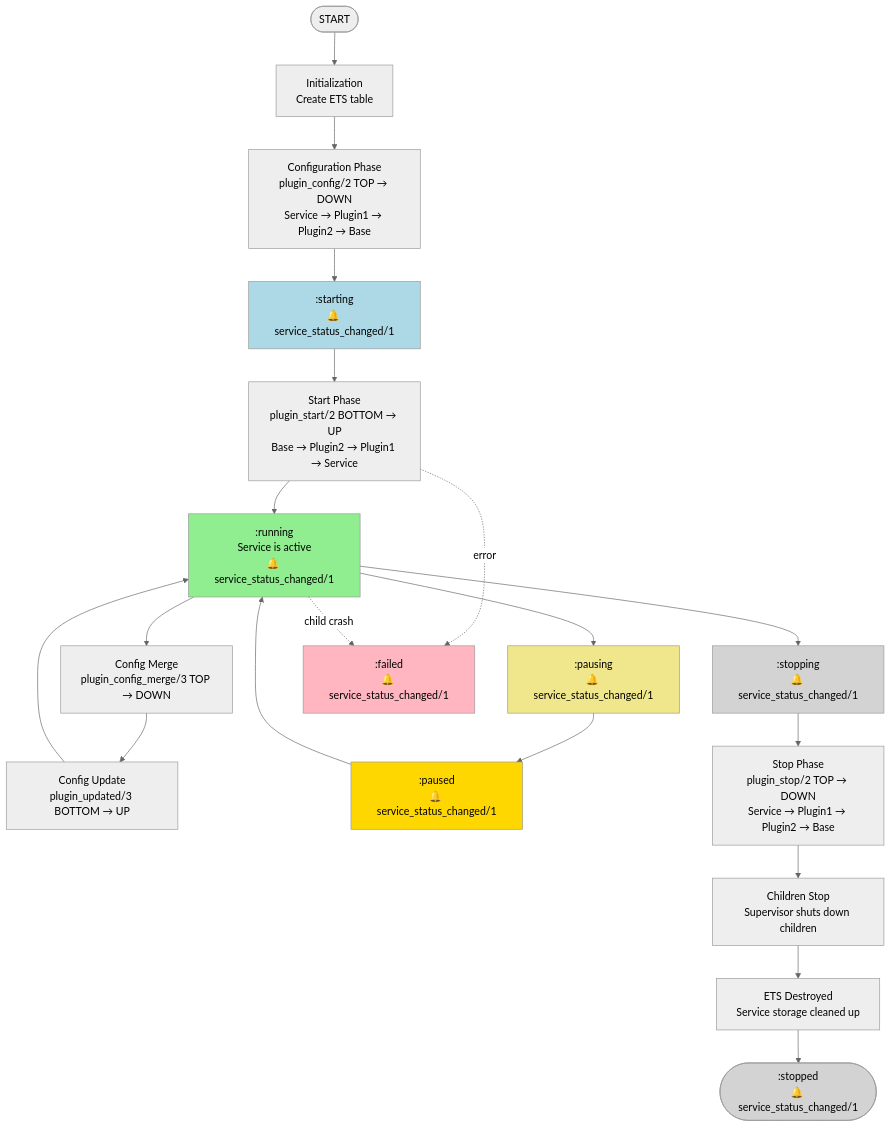
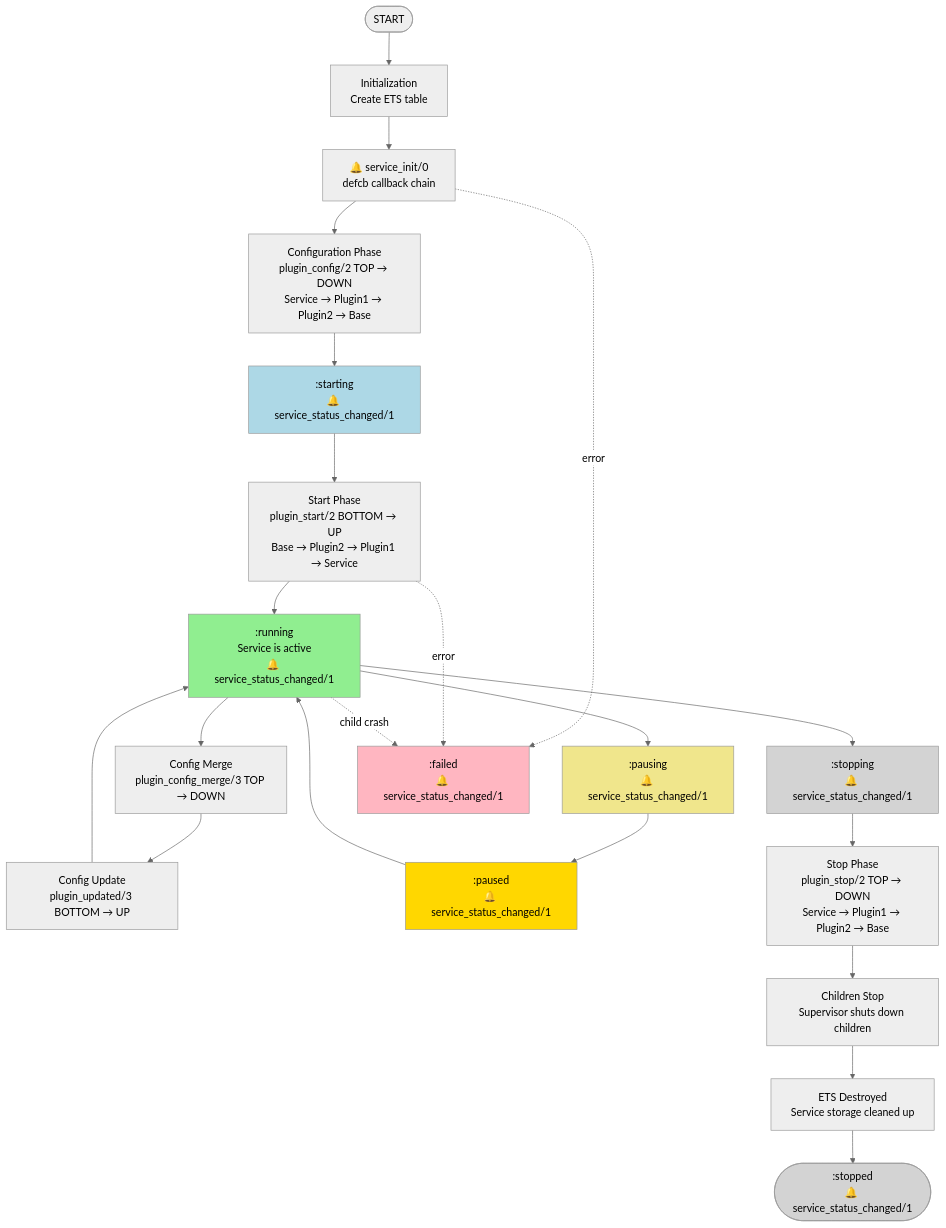
One commit to netkubes/malla changed the diagram in guides/06-lifecycle.md. Above: the diagram before and after it, drawn with Mermaid (neutral theme). The commit also changed other lines of this file, not shown here.

Commit message:
Add service_init/0 to service lifecycle

````diff
--- a/guides/06-lifecycle.md
+++ b/guides/06-lifecycle.md
@@ -33,46 +33,49 @@
 ```mermaid
 flowchart TD
     START([START])
     INIT[Initialization<br/>Create ETS table]
+    SERVICE_INIT["🔔 service_init/0<br/>defcb callback chain"]
     CONFIG[Configuration Phase<br/>plugin_config/2 TOP → DOWN<br/>Service → Plugin1 → Plugin2 → Base]
     STARTING[":starting<br/>🔔 service_status_changed/1"]
     PLUGIN_START[Start Phase<br/>plugin_start/2 BOTTOM → UP<br/>Base → Plugin2 → Plugin1 → Service]
     RUNNING[":running<br/>Service is active<br/>🔔 service_status_changed/1"]
     RECONFIG_MERGE[Config Merge<br/>plugin_config_merge/3 TOP → DOWN]
     RECONFIG_UPDATE[Config Update<br/>plugin_updated/3 BOTTOM → UP]
     PAUSING[":pausing<br/>🔔 service_status_changed/1"]
     PAUSE[":paused<br/>🔔 service_status_changed/1"]
     STOPPING[":stopping<br/>🔔 service_status_changed/1"]
     STOP[Stop Phase<br/>plugin_stop/2 TOP → DOWN<br/>Service → Plugin1 → Plugin2 → Base]
     CHILDREN[Children Stop<br/>Supervisor shuts down children]
     ETS[ETS Destroyed<br/>Service storage cleaned up]
     STOPPED([":stopped<br/>🔔 service_status_changed/1"])
     FAILED[":failed<br/>🔔 service_status_changed/1"]
     
     START --> INIT
-    INIT --> CONFIG
+    INIT --> SERVICE_INIT
+    SERVICE_INIT --> CONFIG
+    SERVICE_INIT -.->|error| FAILED
     CONFIG --> STARTING
     STARTING --> PLUGIN_START
     PLUGIN_START --> RUNNING
     RUNNING --> RECONFIG_MERGE
     RECONFIG_MERGE --> RECONFIG_UPDATE
     RECONFIG_UPDATE --> RUNNING
     RUNNING --> PAUSING
     PAUSING --> PAUSE
     PAUSE --> RUNNING
     RUNNING --> STOPPING
     STOPPING --> STOP
     STOP --> CHILDREN
     CHILDREN --> ETS
     ETS --> STOPPED
     PLUGIN_START -.->|error| FAILED
     RUNNING -.->|child crash| FAILED
     
     style RUNNING fill:#90EE90
     style PAUSE fill:#FFD700
     style STOPPED fill:#D3D3D3
     style FAILED fill:#FFB6C1
     style STARTING fill:#ADD8E6
     style PAUSING fill:#F0E68C
     style STOPPING fill:#D3D3D3
 ```
````
